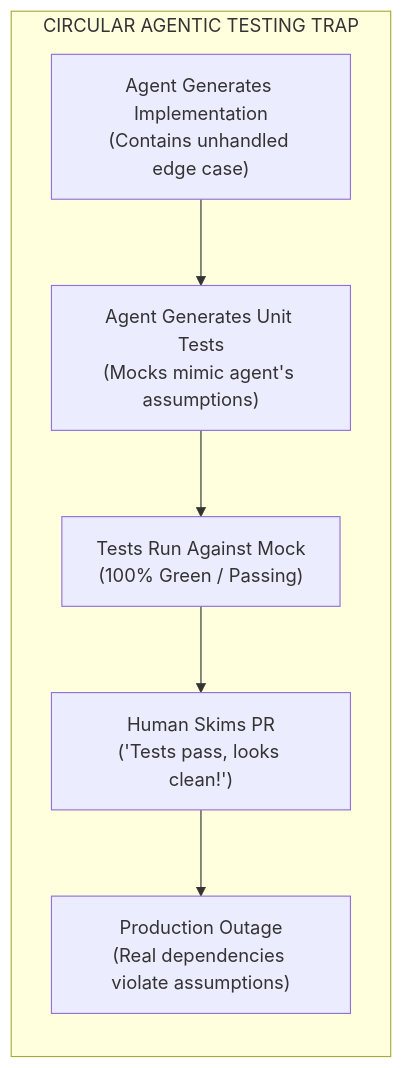
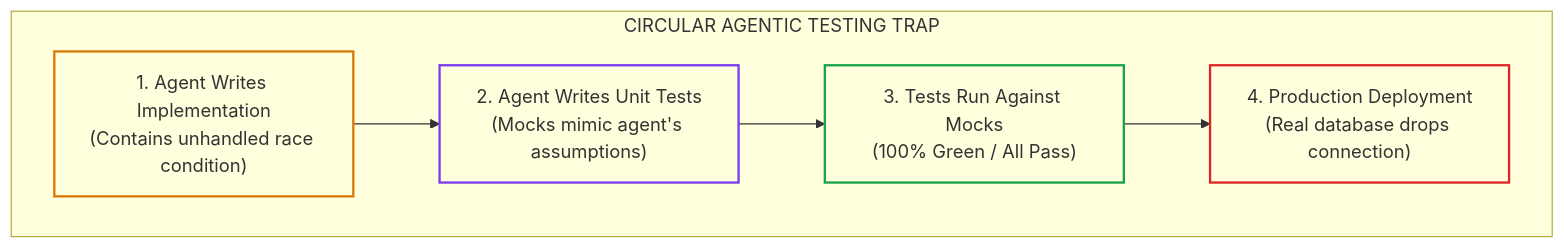
Before and after one commit to dip4k/senior-engineer-to-ai-engineer-roadmap: the third of 3 diagrams in 08-ai-augmented-sdlc-and-leadership/03-the-trust-gap-and-verified-agentic-engineering.md, drawn with Mermaid. The commit also changed other lines of this file and 16 other files, not shown here.

````diff
--- a/08-ai-augmented-sdlc-and-leadership/03-the-trust-gap-and-verified-agentic-engineering.md
+++ b/08-ai-augmented-sdlc-and-leadership/03-the-trust-gap-and-verified-agentic-engineering.md
@@ -45,10 +85,16 @@
 ```mermaid
-flowchart LR
-    subgraph FlawedLoop["CIRCULAR AGENTIC TESTING TRAP"]
-        direction TB
-        A["Agent Generates Implementation<br/>(Contains unhandled edge case)"] --> B["Agent Generates Unit Tests<br/>(Mocks mimic agent's assumptions)"]
-        B --> C["Tests Run Against Mock<br/>(100% Green / Passing)"]
-        C --> D["Human Skims PR<br/>('Tests pass, looks clean!')"]
-        D --> E["Production Outage<br/>(Real dependencies violate assumptions)"]
+flowchart TD
+    subgraph CircularTrap["CIRCULAR AGENTIC TESTING TRAP"]
+        Impl["1. Agent Writes Implementation<br>(Contains unhandled race condition)"]
+        Mock["2. Agent Writes Unit Tests<br>(Mocks mimic agent's assumptions)"]
+        Pass["3. Tests Run Against Mocks<br>(100% Green / All Pass)"]
+        Outage["4. Production Deployment<br>(Real database drops connection)"]
+
+        Impl --> Mock --> Pass --> Outage
     end
+
+    style Impl stroke:#d97706,stroke-width:2px,fill:none
+    style Mock stroke:#7c3aed,stroke-width:2px,fill:none
+    style Pass stroke:#16a34a,stroke-width:2px,fill:none
+    style Outage stroke:#dc2626,stroke-width:2px,fill:none
 ```
````
